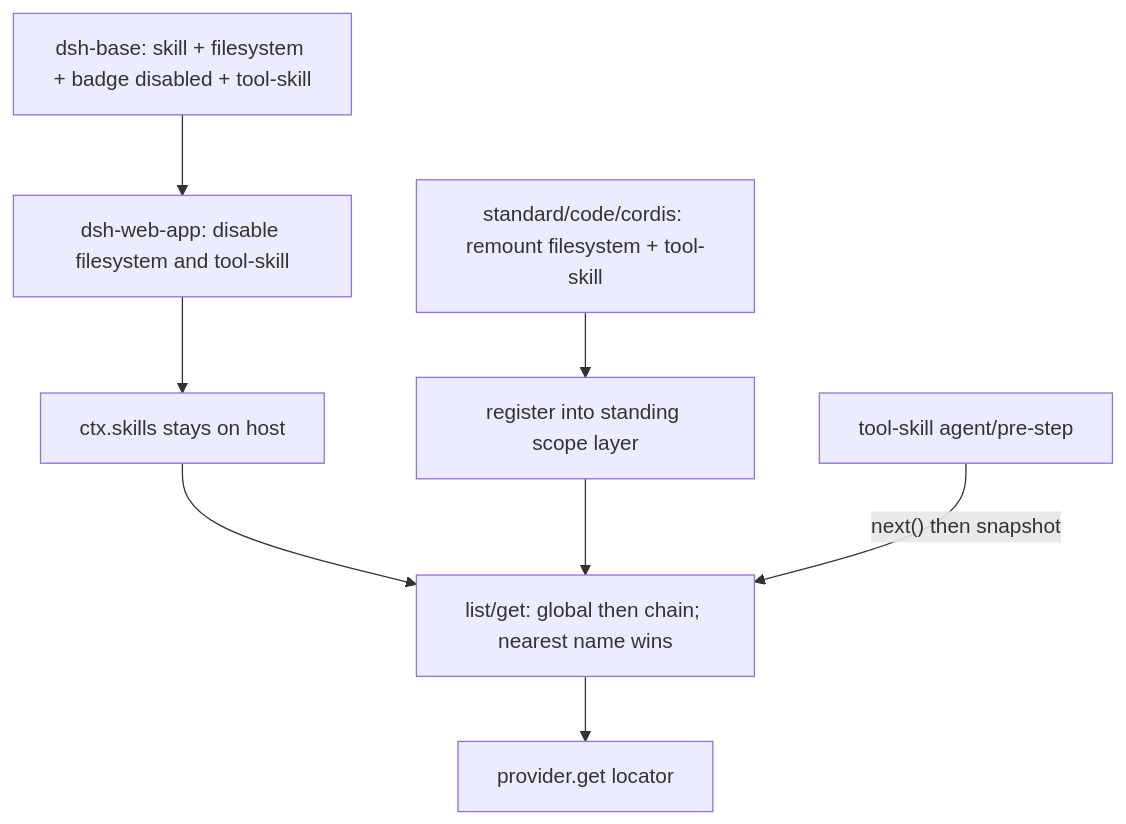
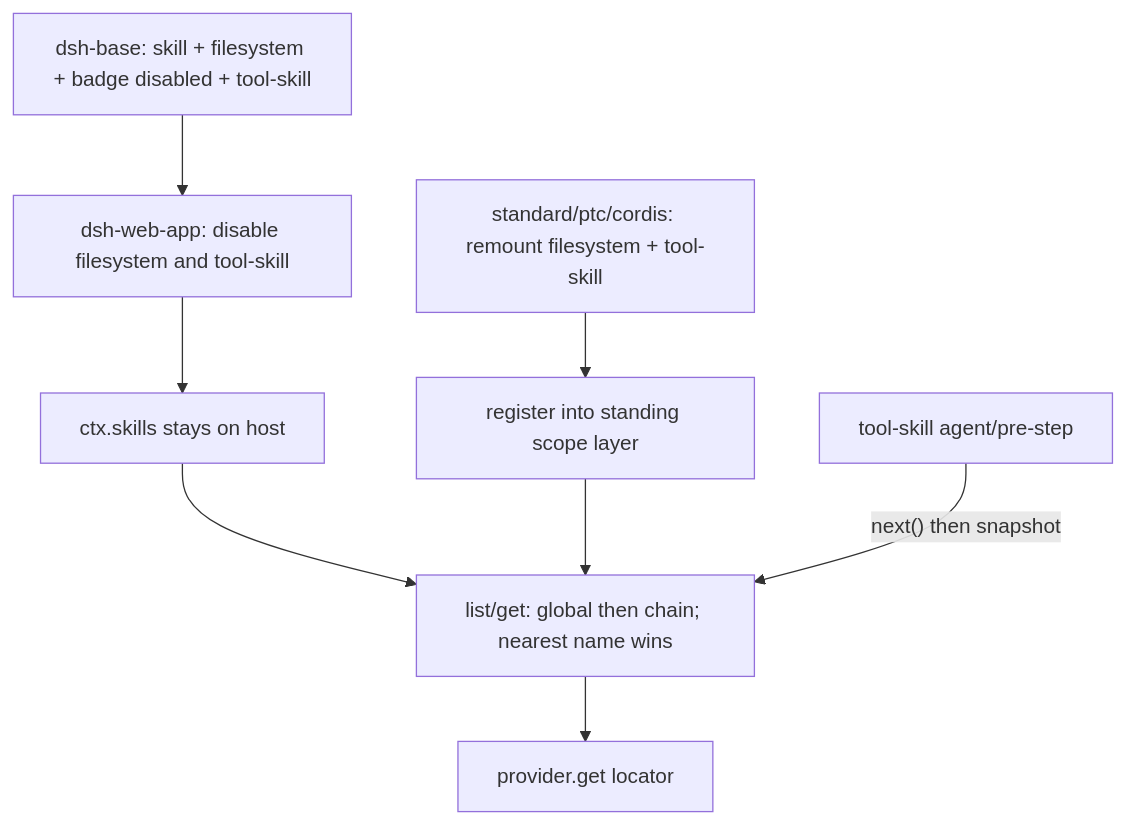
One commit to wdnmdtonyma/SOTA-Agent-LLM-Wiki changed the diagram in docs/llm-wiki/deepseek-harness/subsystems/context/skills.md. Above: the diagram before and after it, drawn with Mermaid. The commit also changed other lines of this file and 217 other files, not shown here.

````diff
--- a/docs/llm-wiki/deepseek-harness/subsystems/context/skills.md
+++ b/docs/llm-wiki/deepseek-harness/subsystems/context/skills.md
@@ -123,10 +125,10 @@
 ```mermaid
 flowchart TD
   Base["dsh-base: skill + filesystem + badge disabled + tool-skill"] --> Web["dsh-web-app: disable filesystem and tool-skill"]
   Web --> HostReg["ctx.skills stays on host"]
-  Preset["standard/code/cordis: remount filesystem + tool-skill"] --> ScopeLayer["register into standing scope layer"]
+  Preset["standard/ptc/cordis: remount filesystem + tool-skill"] --> ScopeLayer["register into standing scope layer"]
   HostReg --> Merge
   ScopeLayer --> Merge["list/get: global then chain; nearest name wins"]
   Merge --> Load["provider.get locator"]
   Tool["tool-skill agent/pre-step"] -->|"next() then snapshot"| Merge
 ```
````
